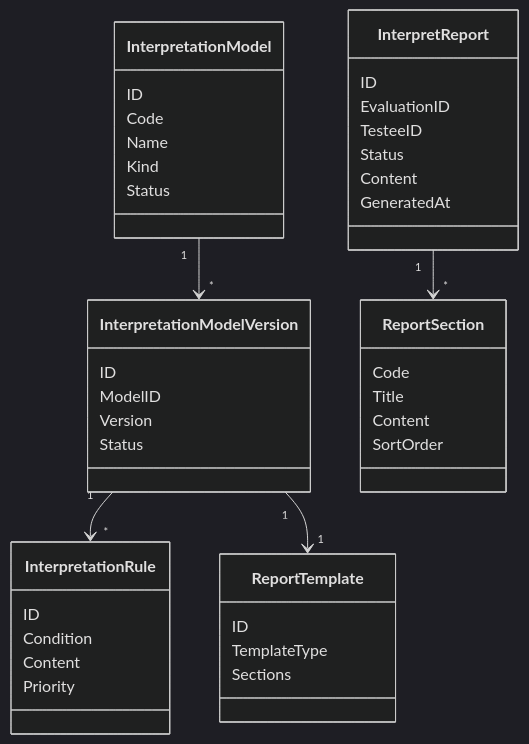
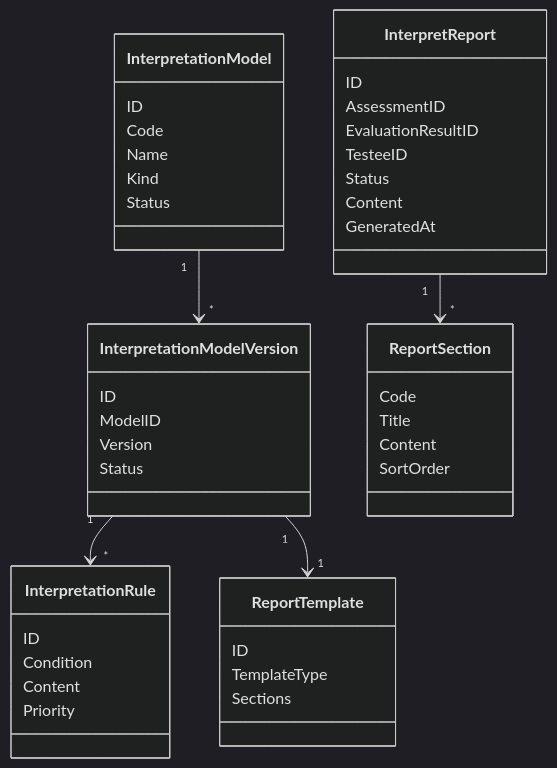
The diagram in docs/02-业务模块/40-interpretation/02-领域模型.md (FangcunMount/qs-server), drawn with Mermaid (dark theme) before and after one commit. The commit also changed other lines of this file and 20 other files, not shown here.

Commit message:
doc:  更新评估和解释文档以提高清晰度和准确性 - 修改了关键事件名称和描述，以反映评估过程的当前状态，包括对`assessment.evaluated`和`assessment.interpreted`的变更。 - 强化了关于评估和报告生命周期的文档，明确了评估模块与解释模块的职责。 - 更新了状态机图，以准确表示评估和评估运行的状态转换。 - 改进了对评估、评估结果与报告之间关系的解释，强调报告生成独立于评估状态。 - 新增部分，详细说明评估与解释的决策流程及其边界，确保与最新实施目标保持一致。

````diff
--- a/docs/02-业务模块/40-interpretation/02-领域模型.md
+++ b/docs/02-业务模块/40-interpretation/02-领域模型.md
@@ -16,45 +16,46 @@
 ```mermaid
 classDiagram
     class InterpretationModel {
         ID
         Code
         Name
         Kind
         Status
     }
     class InterpretationModelVersion {
         ID
         ModelID
         Version
         Status
     }
     class InterpretationRule {
         ID
         Condition
         Content
         Priority
     }
     class ReportTemplate {
         ID
         TemplateType
         Sections
     }
     class InterpretReport {
         ID
-        EvaluationID
+        AssessmentID
+        EvaluationResultID
         TesteeID
         Status
         Content
         GeneratedAt
     }
     class ReportSection {
         Code
         Title
         Content
         SortOrder
     }
     InterpretationModel "1" --> "*" InterpretationModelVersion
     InterpretationModelVersion "1" --> "*" InterpretationRule
     InterpretationModelVersion "1" --> "1" ReportTemplate
     InterpretReport "1" --> "*" ReportSection
 ```
````
